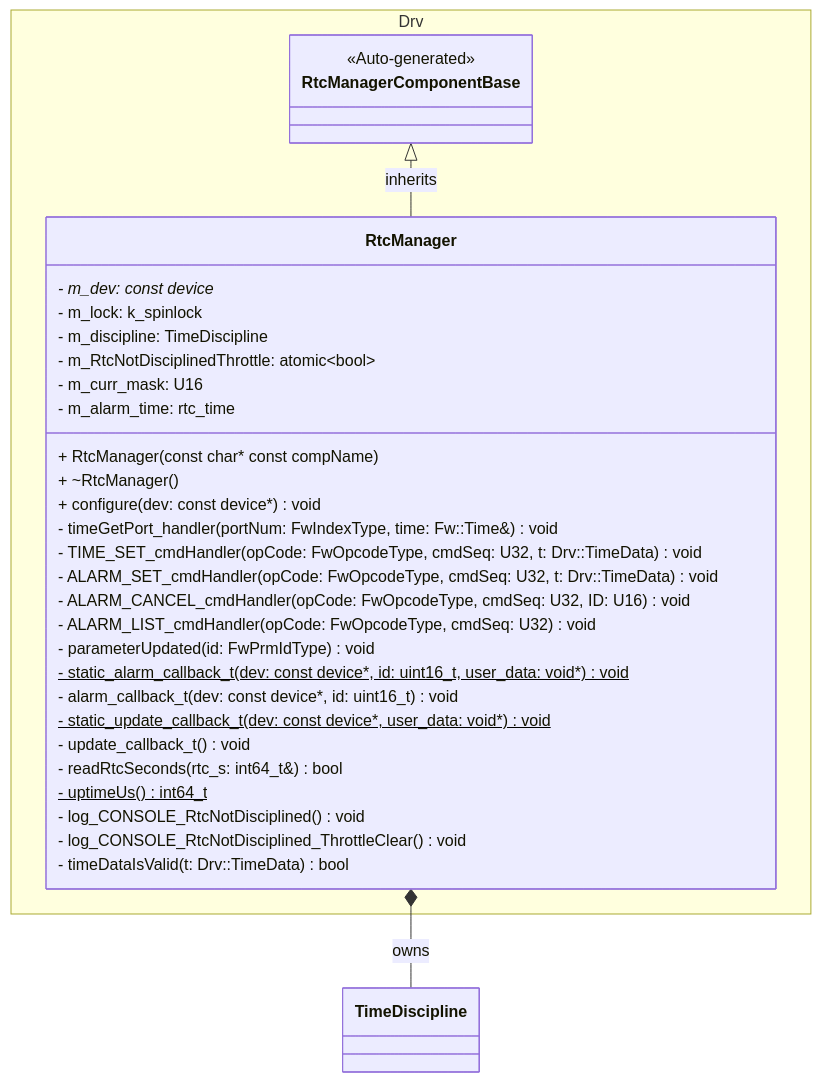
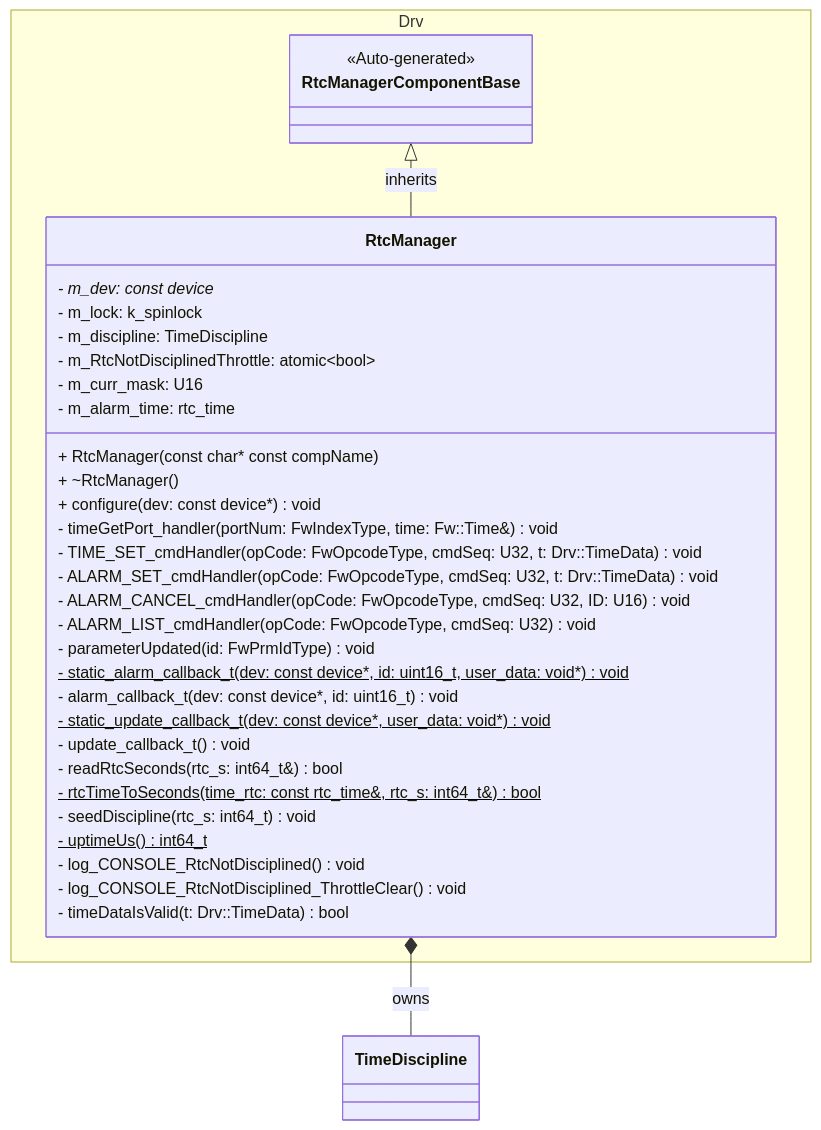
One commit to Open-Source-Space-Foundation/proves-core-reference changed the first of 18 diagrams in docs-site/components/RtcManager.md. Above: the diagram before and after it, drawn with Mermaid. The commit also changed other lines of this file and 7 other files, not shown here.

First line of the commit message:
fix(rtc): confirm forward time steps and reject implausible RTC reads

````diff
--- a/docs-site/components/RtcManager.md
+++ b/docs-site/components/RtcManager.md
@@ -209,41 +210,43 @@
 ```mermaid
 classDiagram
     namespace Drv {
         class RtcManagerComponentBase {
             <<Auto-generated>>
         }
         class RtcManager {
             - m_dev: const device*
             - m_lock: k_spinlock
             - m_discipline: TimeDiscipline
             - m_RtcNotDisciplinedThrottle: atomic~bool~
             - m_curr_mask: U16
             - m_alarm_time: rtc_time
 
             + RtcManager(const char* const compName)
             + ~RtcManager()
             + configure(dev: const device*) void
 
             - timeGetPort_handler(portNum: FwIndexType, time: Fw::Time&) void
 
             - TIME_SET_cmdHandler(opCode: FwOpcodeType, cmdSeq: U32, t: Drv::TimeData) void
             - ALARM_SET_cmdHandler(opCode: FwOpcodeType, cmdSeq: U32, t: Drv::TimeData) void
             - ALARM_CANCEL_cmdHandler(opCode: FwOpcodeType, cmdSeq: U32, ID: U16) void
             - ALARM_LIST_cmdHandler(opCode: FwOpcodeType, cmdSeq: U32) void
 
             - parameterUpdated(id: FwPrmIdType) void
 
             - static_alarm_callback_t(dev: const device*, id: uint16_t, user_data: void*) void$
             - alarm_callback_t(dev: const device*, id: uint16_t) void
             - static_update_callback_t(dev: const device*, user_data: void*) void$
             - update_callback_t() void
             - readRtcSeconds(rtc_s: int64_t&) bool
+            - rtcTimeToSeconds(time_rtc: const rtc_time&, rtc_s: int64_t&) bool$
+            - seedDiscipline(rtc_s: int64_t) void
             - uptimeUs() int64_t$
             - log_CONSOLE_RtcNotDisciplined() void
             - log_CONSOLE_RtcNotDisciplined_ThrottleClear() void
             - timeDataIsValid(t: Drv::TimeData) bool
         }
     }
     RtcManagerComponentBase <|-- RtcManager : inherits
     RtcManager *-- TimeDiscipline : owns
 ```
````
